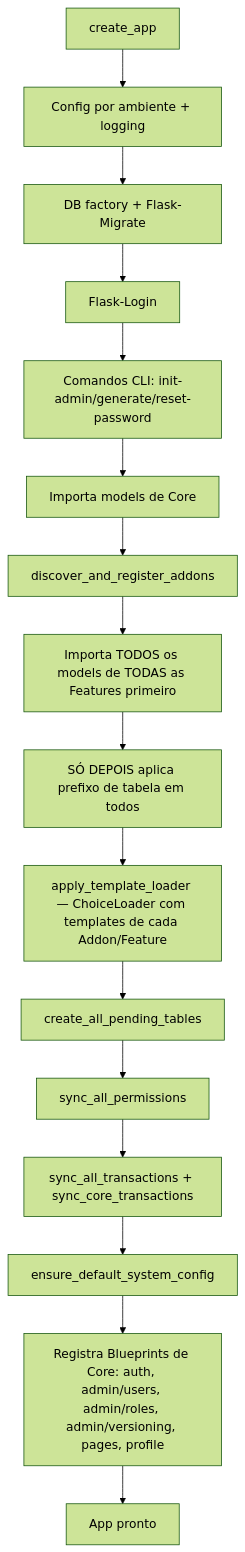
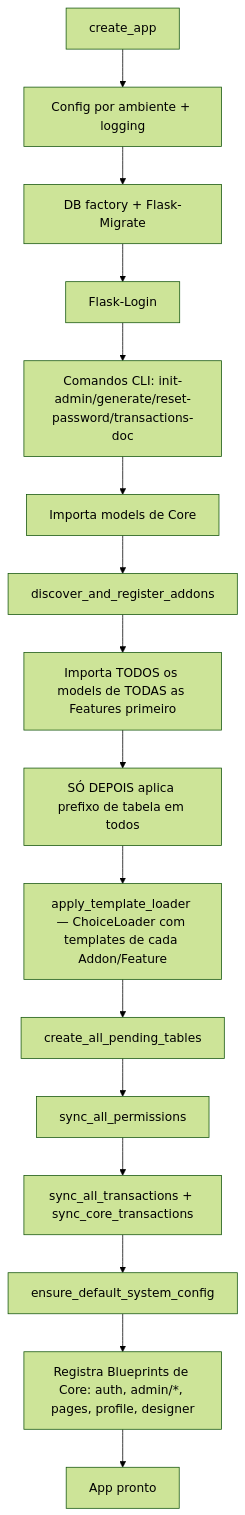
One commit to ChristopherNicolasSMM/Tesseract changed the first of 8 diagrams in docs/technical/03-fluxos.md. Above: the diagram before and after it, drawn with Mermaid (forest theme). The commit also changed other lines of this file and 24 other files, not shown here.

````diff
--- a/docs/technical/03-fluxos.md
+++ b/docs/technical/03-fluxos.md
@@ -5,18 +5,18 @@
 ```mermaid
 flowchart TD
     A[create_app] --> B[Config por ambiente + logging]
     B --> C[DB factory + Flask-Migrate]
     C --> D[Flask-Login]
-    D --> E[Comandos CLI: init-admin/generate/reset-password]
+    D --> E[Comandos CLI: init-admin/generate/reset-password/transactions-doc]
     E --> F[Importa models de Core]
     F --> G[discover_and_register_addons]
     G --> H[Importa TODOS os models de TODAS as Features primeiro]
     H --> I[SÓ DEPOIS aplica prefixo de tabela em todos]
     I --> J[apply_template_loader — ChoiceLoader com templates de cada Addon/Feature]
     J --> K[create_all_pending_tables]
     K --> L[sync_all_permissions]
     L --> M[sync_all_transactions + sync_core_transactions]
     M --> N[ensure_default_system_config]
-    N --> O[Registra Blueprints de Core: auth, admin/users, admin/roles, admin/versioning, pages, profile]
+    N --> O[Registra Blueprints de Core: auth, admin/*, pages, profile, designer]
     O --> P[App pronto]
 ```
````
